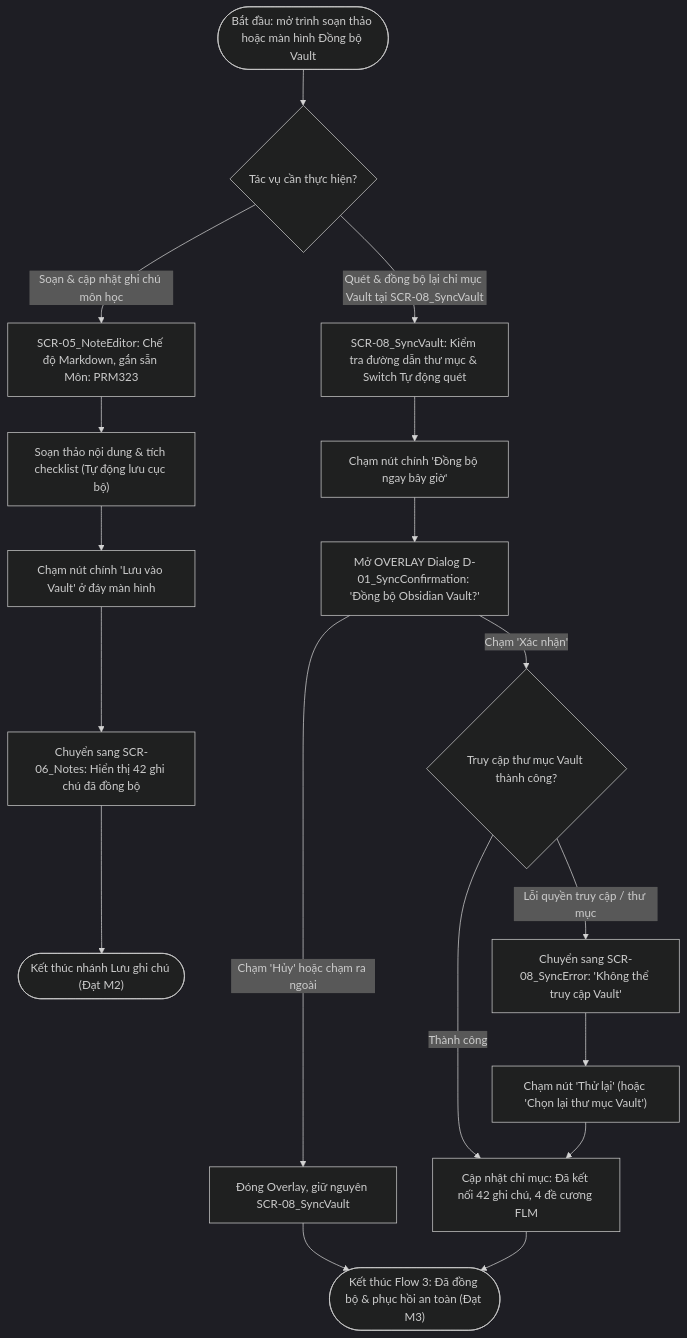
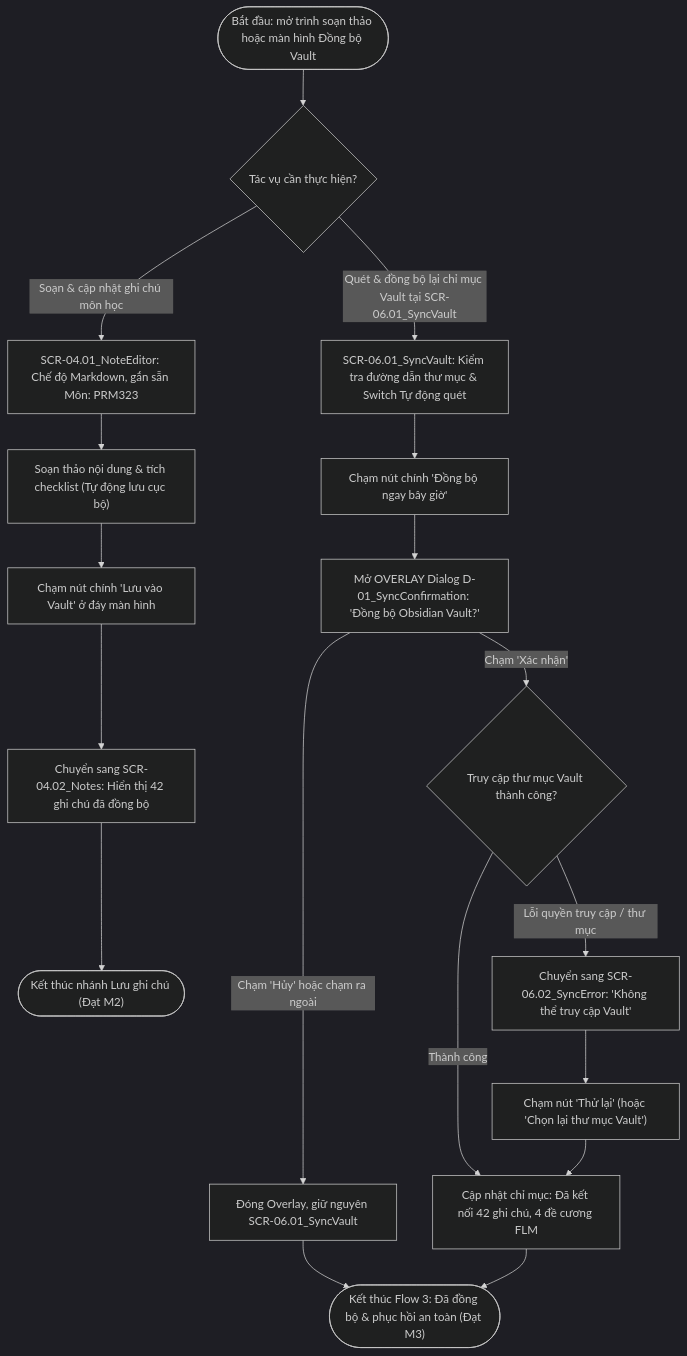
Before and after one commit to quanglong68/prm323-lab2-gr6: the third of 4 diagrams in ux/user-flow.md, drawn with Mermaid (dark theme). The commit also changed other lines of this file, not shown here.

Commit message:
docs: adopt hierarchical screen IDs

````diff
--- a/ux/user-flow.md
+++ b/ux/user-flow.md
@@ -173,20 +173,20 @@
 ```mermaid
 flowchart TD
     Start(["Bắt đầu: mở trình soạn thảo hoặc màn hình Đồng bộ Vault"]) --> ActionType{"Tác vụ cần thực hiện?"}
-    ActionType -->|Soạn & cập nhật ghi chú môn học| Editor["SCR-05_NoteEditor: Chế độ Markdown, gắn sẵn Môn: PRM323"]
+    ActionType -->|Soạn & cập nhật ghi chú môn học| Editor["SCR-04.01_NoteEditor: Chế độ Markdown, gắn sẵn Môn: PRM323"]
     Editor --> Content["Soạn thảo nội dung & tích checklist (Tự động lưu cục bộ)"]
     Content --> TapSave["Chạm nút chính 'Lưu vào Vault' ở đáy màn hình"]
-    TapSave --> ViewList["Chuyển sang SCR-06_Notes: Hiển thị 42 ghi chú đã đồng bộ"]
+    TapSave --> ViewList["Chuyển sang SCR-04.02_Notes: Hiển thị 42 ghi chú đã đồng bộ"]
     ViewList --> EndNote(["Kết thúc nhánh Lưu ghi chú (Đạt M2)"])
-    ActionType -->|Quét & đồng bộ lại chỉ mục Vault tại SCR-08_SyncVault| SyncScreen["SCR-08_SyncVault: Kiểm tra đường dẫn thư mục & Switch Tự động quét"]
+    ActionType -->|Quét & đồng bộ lại chỉ mục Vault tại SCR-06.01_SyncVault| SyncScreen["SCR-06.01_SyncVault: Kiểm tra đường dẫn thư mục & Switch Tự động quét"]
     SyncScreen --> TapSyncNow["Chạm nút chính 'Đồng bộ ngay bây giờ'"]
     TapSyncNow --> ConfirmOverlay["Mở OVERLAY Dialog D-01_SyncConfirmation: 'Đồng bộ Obsidian Vault?'"]
-    ConfirmOverlay -->|Chạm 'Hủy' hoặc chạm ra ngoài| CancelSync["Đóng Overlay, giữ nguyên SCR-08_SyncVault"]
+    ConfirmOverlay -->|Chạm 'Hủy' hoặc chạm ra ngoài| CancelSync["Đóng Overlay, giữ nguyên SCR-06.01_SyncVault"]
     ConfirmOverlay -->|Chạm 'Xác nhận'| CheckAccess{"Truy cập thư mục Vault thành công?"}
     CheckAccess -->|Thành công| SyncDone["Cập nhật chỉ mục: Đã kết nối 42 ghi chú, 4 đề cương FLM"]
-    CheckAccess -->|Lỗi quyền truy cập / thư mục| SyncError["Chuyển sang SCR-08_SyncError: 'Không thể truy cập Vault'"]
+    CheckAccess -->|Lỗi quyền truy cập / thư mục| SyncError["Chuyển sang SCR-06.02_SyncError: 'Không thể truy cập Vault'"]
     SyncError --> RetryTap["Chạm nút 'Thử lại' (hoặc 'Chọn lại thư mục Vault')"]
     RetryTap --> SyncDone
     CancelSync --> EndSync(["Kết thúc Flow 3: Đã đồng bộ & phục hồi an toàn (Đạt M3)"])
     SyncDone --> EndSync
 ```
````
